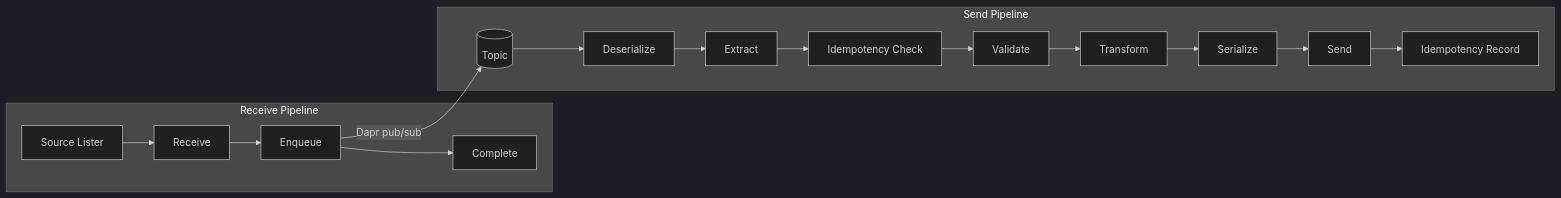
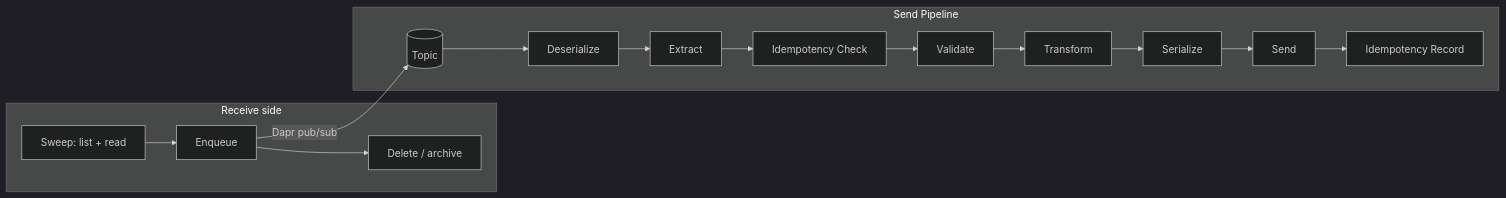
One commit to integrio-intropy/intropy-framework changed the diagram in docs/blocks/transactional-integration.md. Above: the diagram before and after it, drawn with Mermaid (dark theme). The commit also changed other lines of this file and 116 other files, not shown here.

````diff
--- a/docs/blocks/transactional-integration.md
+++ b/docs/blocks/transactional-integration.md
@@ -7,21 +7,20 @@
 ```mermaid
 graph LR
-    subgraph Receive Pipeline
-        SL[Source Lister] --> R[Receive]
-        R --> E[Enqueue]
-        E --> C[Complete]
+    subgraph Receive side
+        SW[Sweep: list + read] --> E[Enqueue]
+        E --> C[Delete / archive]
     end
 
     E -->|Dapr pub/sub| D[(Topic)]
 
     subgraph Send Pipeline
         D --> DS[Deserialize]
         DS --> EX[Extract]
         EX --> IC[Idempotency Check]
         IC --> V[Validate]
         V --> T[Transform]
         T --> S[Serialize]
         S --> SD[Send]
         SD --> IR[Idempotency Record]
     end
 ```
````
